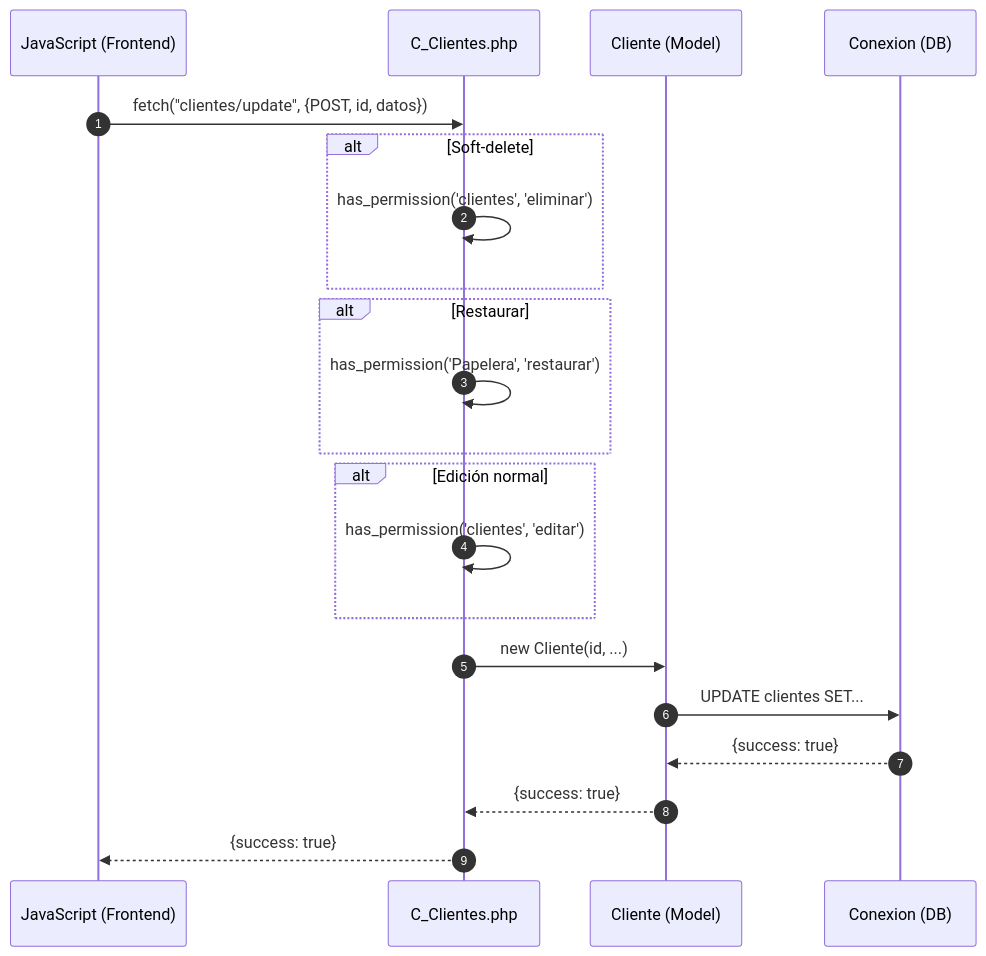
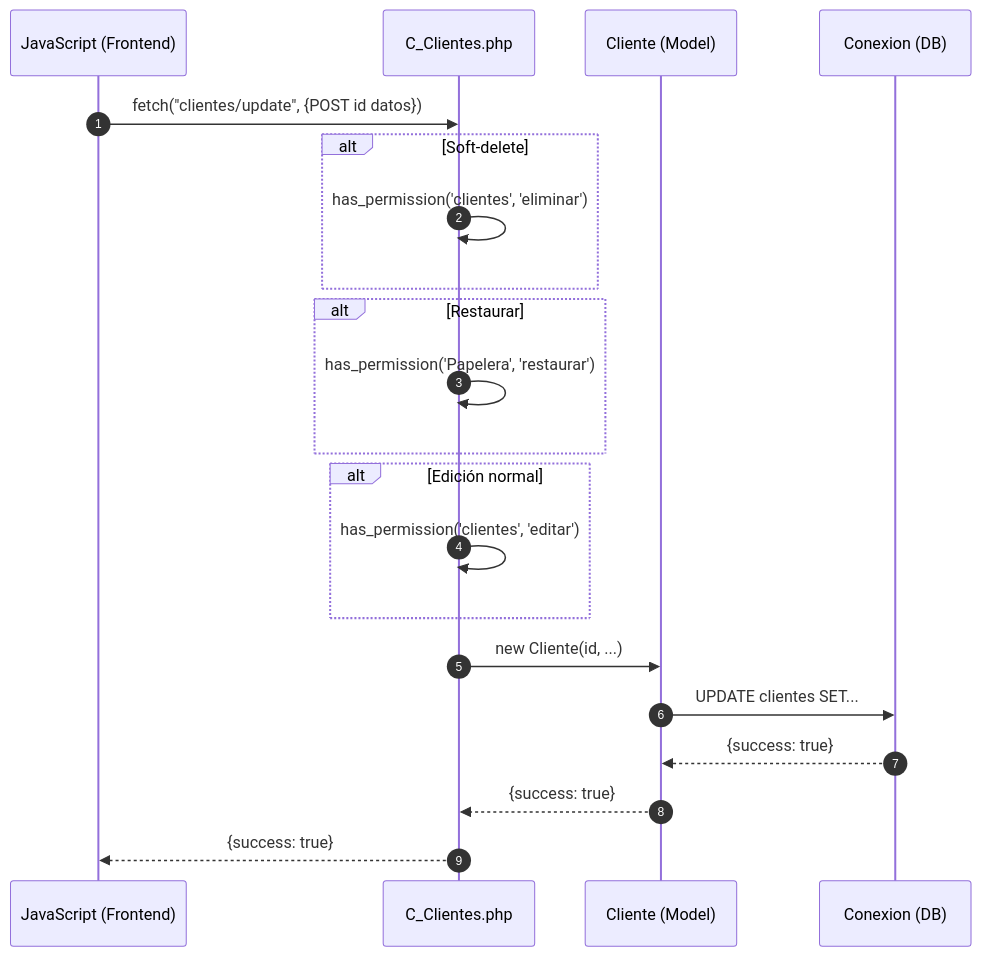
The fourth of 5 diagrams in docs/secuencia/clientes/clientes.md (Tecrato/BurgerHouse), drawn with Mermaid before and after one commit. The commit also changed other lines of this file and 13 other files, not shown here.

Commit message:
diagramas de secuencia

````diff
--- a/docs/secuencia/clientes/clientes.md
+++ b/docs/secuencia/clientes/clientes.md
@@ -83,29 +83,29 @@
 ```mermaid
 sequenceDiagram
     autonumber
     participant JS as JavaScript (Frontend)
     participant C_Clientes as C_Clientes.php
     participant Cliente as Cliente (Model)
     participant DB as Conexion (DB)
     
-    JS->>C_Clientes: fetch("clientes/update", {POST, id, datos})
+    JS->>C_Clientes: fetch("clientes/update", {POST id datos})
     
     alt Soft-delete
         C_Clientes->>C_Clientes: has_permission('clientes', 'eliminar')
     end
     
     alt Restaurar
         C_Clientes->>C_Clientes: has_permission('Papelera', 'restaurar')
     end
     
     alt Edición normal
         C_Clientes->>C_Clientes: has_permission('clientes', 'editar')
     end
     
     C_Clientes->>Cliente: new Cliente(id, ...)
     Cliente->>DB: UPDATE clientes SET...
     DB-->>Cliente: {success: true}
     Cliente-->>C_Clientes: {success: true}
     
     C_Clientes-->>JS: {success: true}
 ```
````
